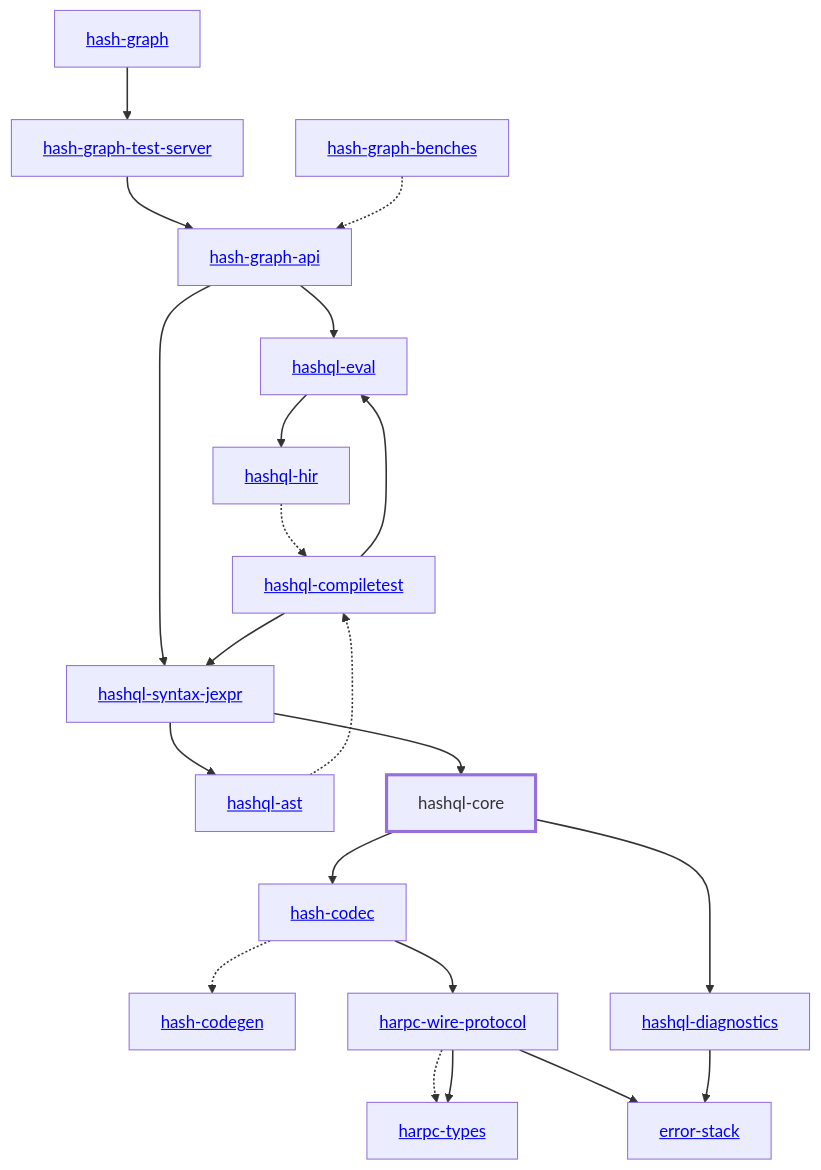
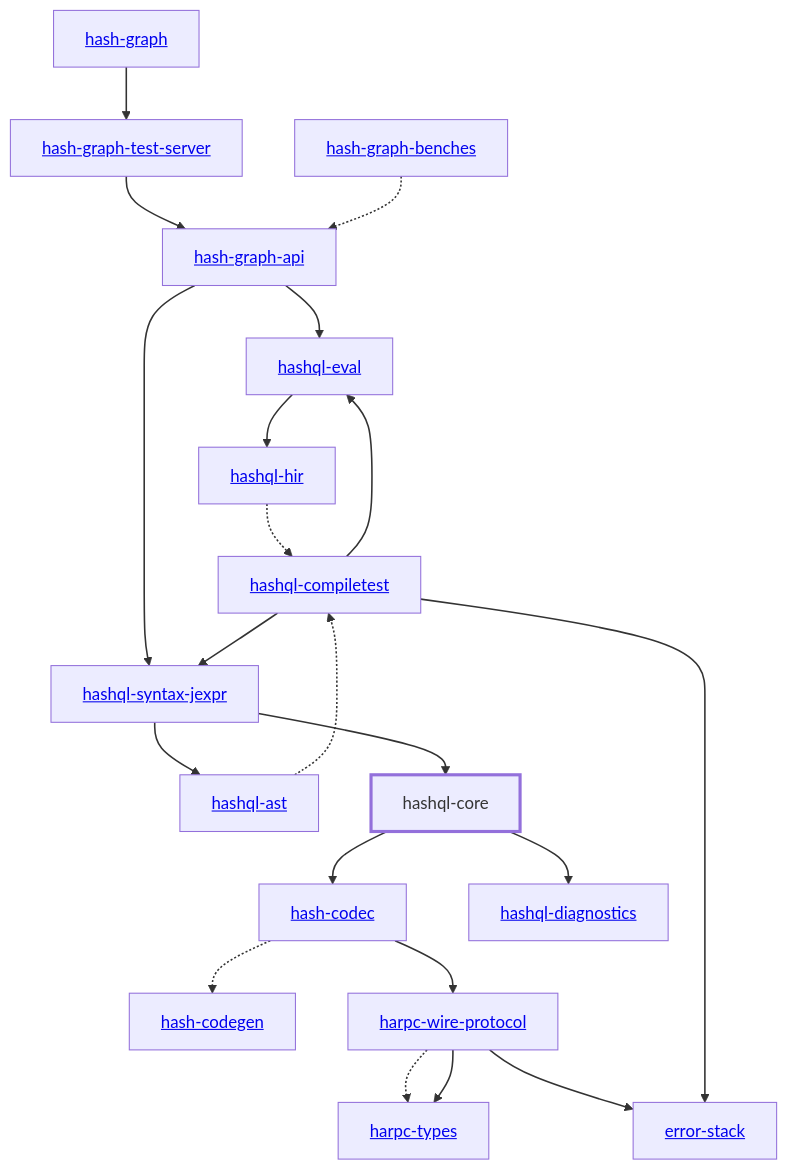
Before and after one commit to hashintel/hash: the diagram in libs/@local/hashql/core/docs/dependency-diagram.mmd, drawn with Mermaid. The commit also changed 10 other files, not shown here.

Commit message:
fix: dependency diagrams + turbo

```diff
--- a/libs/@local/hashql/core/docs/dependency-diagram.mmd
+++ b/libs/@local/hashql/core/docs/dependency-diagram.mmd
@@ -1,47 +1,47 @@
 graph TD
     linkStyle default stroke-width:1.5px
     classDef default stroke-width:1px
     classDef root stroke-width:3px
     classDef dev stroke-width:1px
     classDef build stroke-width:1px
     %% Legend
     %% --> : Normal dependency
     %% -.-> : Dev dependency
     %% ---> : Build dependency
     0[<a href="../hash_graph/index.html">hash-graph</a>]
     1[<a href="../hash_codec/index.html">hash-codec</a>]
     2[<a href="../hash_codegen/index.html">hash-codegen</a>]
     3[<a href="../hash_graph_api/index.html">hash-graph-api</a>]
     4[<a href="../hash_graph_test_server/index.html">hash-graph-test-server</a>]
     5[<a href="../harpc_types/index.html">harpc-types</a>]
     6[<a href="../harpc_wire_protocol/index.html">harpc-wire-protocol</a>]
     7[<a href="../hashql_ast/index.html">hashql-ast</a>]
     8[<a href="../hashql_compiletest/index.html">hashql-compiletest</a>]
     9[hashql-core]
     class 9 root
     10[<a href="../hashql_diagnostics/index.html">hashql-diagnostics</a>]
     11[<a href="../hashql_eval/index.html">hashql-eval</a>]
     12[<a href="../hashql_hir/index.html">hashql-hir</a>]
     13[<a href="../hashql_syntax_jexpr/index.html">hashql-syntax-jexpr</a>]
     14[<a href="../error_stack/index.html">error-stack</a>]
     15[<a href="../hash_graph_benches/index.html">hash-graph-benches</a>]
     0 --> 4
     1 -.-> 2
     1 --> 6
     3 --> 11
     3 --> 13
     4 --> 3
     6 -.-> 5
     6 --> 5
     6 --> 14
     7 -.-> 8
     8 --> 11
     8 --> 13
+    8 --> 14
     9 --> 1
     9 --> 10
-    10 --> 14
     11 --> 12
     12 -.-> 8
     13 --> 7
     13 --> 9
     15 -.-> 3
```
